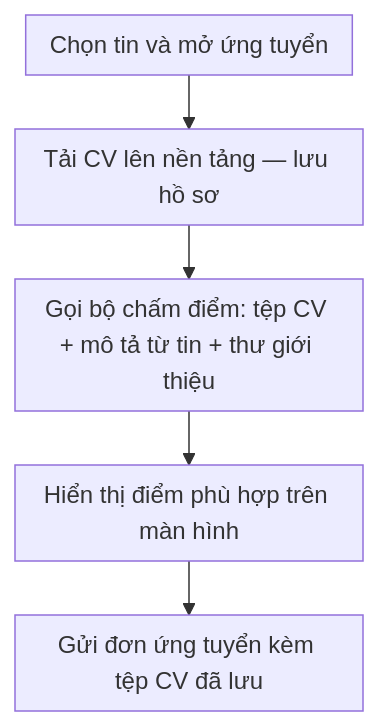
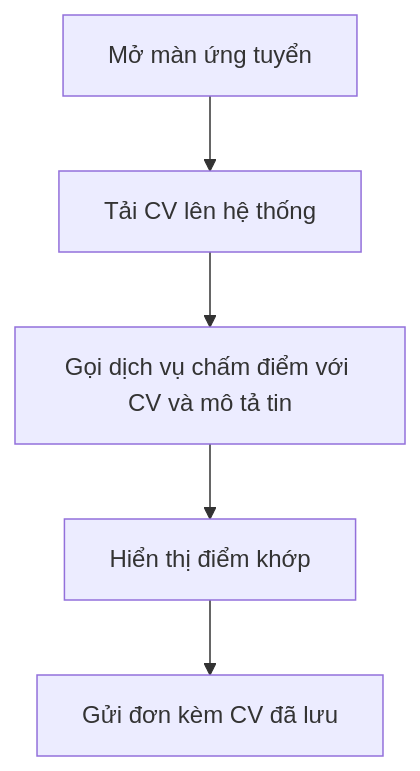
One commit to dmt041104111003/docs-nckh changed the second of 4 diagrams in freelancer.md. Above: the diagram before and after it, drawn with Mermaid. The commit also changed other lines of this file and 8 other files, not shown here.

````diff
--- a/freelancer.md
+++ b/freelancer.md
@@ -37,8 +32,7 @@
 ```mermaid
-%%{init: {"flowchart": {"curve": "linear", "padding": 8, "rankSpacing": 36}}}%%
 flowchart TB
-  A[Chọn tin và mở ứng tuyển] --> B[Tải CV lên nền tảng — lưu hồ sơ]
-  B --> C[Gọi bộ chấm điểm: tệp CV + mô tả từ tin + thư giới thiệu]
-  C --> D[Hiển thị điểm phù hợp trên màn hình]
-  D --> E[Gửi đơn ứng tuyển kèm tệp CV đã lưu]
+  A[Mở màn ứng tuyển] --> B[Tải CV lên hệ thống]
+  B --> C[Gọi dịch vụ chấm điểm với CV và mô tả tin]
+  C --> D[Hiển thị điểm khớp]
+  D --> E[Gửi đơn kèm CV đã lưu]
 ```
````
